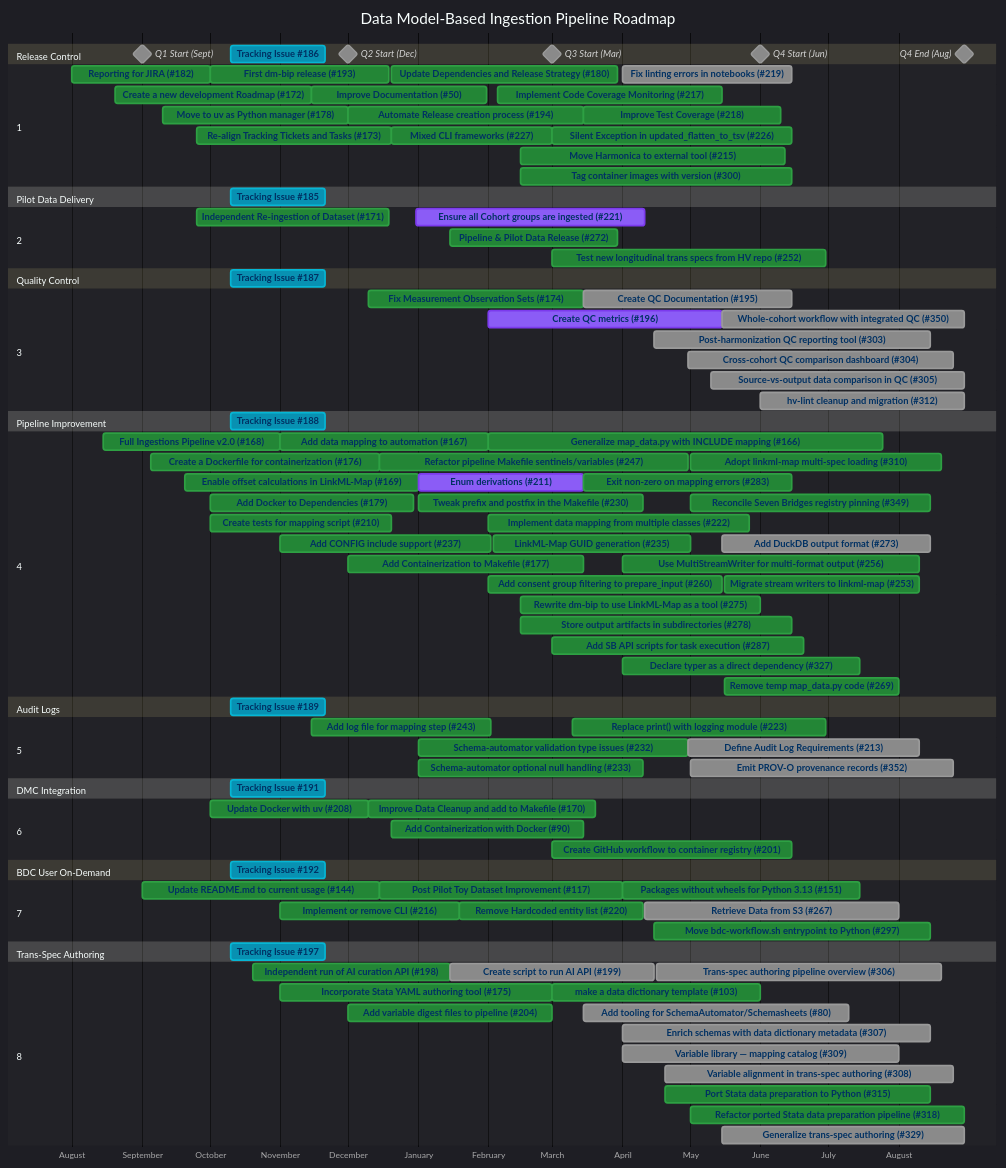
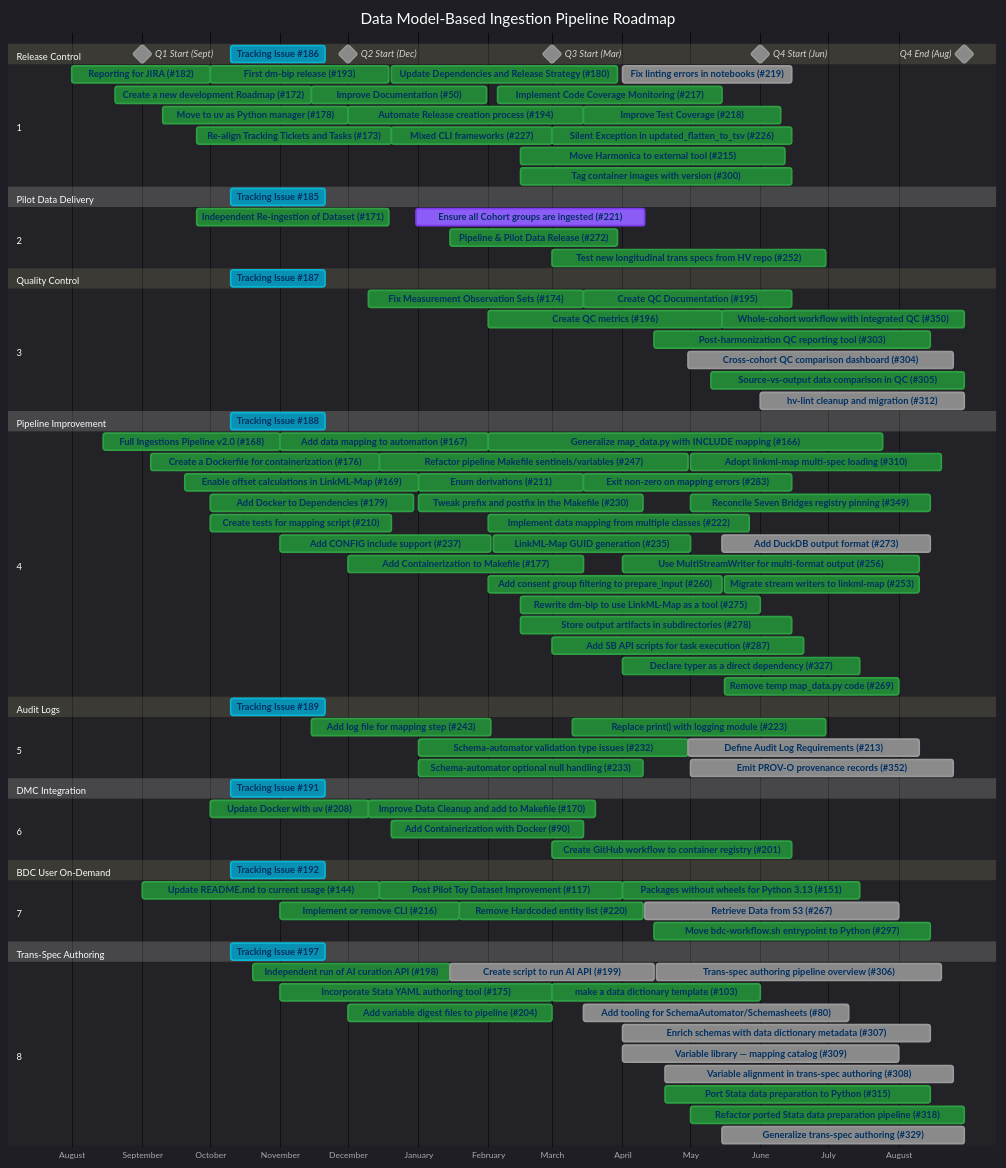
Before and after one commit to linkml/dm-bip: the diagram in DEVELOPMENT.md, drawn with Mermaid. The commit also changed other lines of this file, not shown here.

First line of the commit message:
Mark QC and enum derivation work complete after issue audit

```diff
--- a/DEVELOPMENT.md
+++ b/DEVELOPMENT.md
@@ -66,13 +66,13 @@
 
     section 3 
     Fix Measurement Observation Sets (#174)             :done, i174, 2025-12-10, 2026-03-15
-    Create QC metrics (#196)                            :active, i196, 2026-02-01, 2026-05-15
-    Create QC Documentation (#195)                      :i195, 2026-03-15, 2026-06-15
-    Post-harmonization QC reporting tool (#303)         :i303, 2026-04-15, 2026-08-15
+    Create QC metrics (#196)                            :done, i196, 2026-02-01, 2026-05-15
+    Create QC Documentation (#195)                      :done, i195, 2026-03-15, 2026-06-15
+    Post-harmonization QC reporting tool (#303)         :done, i303, 2026-04-15, 2026-08-15
     Cross-cohort QC comparison dashboard (#304)         :i304, 2026-04-30, 2026-08-25
-    Source-vs-output data comparison in QC (#305)       :i305, 2026-05-10, 2026-08-30
+    Source-vs-output data comparison in QC (#305)       :done, i305, 2026-05-10, 2026-08-30
     hv-lint cleanup and migration (#312)                :i312, 2026-06-01, 2026-08-30
-    Whole-cohort workflow with integrated QC (#350)     :i350, 2026-05-15, 2026-08-30
+    Whole-cohort workflow with integrated QC (#350)     :done, i350, 2026-05-15, 2026-08-30
 
     section Pipeline Improvement
     Tracking Issue #188                     :crit, t188, 2025-10-10, 6w
@@ -85,7 +85,7 @@
     Create tests for mapping script (#210)              :done, i210, 2025-10-01, 2025-12-20
     Add Containerization to Makefile (#177)             :done, i177, 2025-12-01, 2026-03-15
     Enable offset calculations in LinkML-Map (#169)     :done, i169, 2025-09-20, 2026-01-01
-    Enum derivations (#211)                             :active, i211, 2026-01-01, 2026-03-15
+    Enum derivations (#211)                             :done, i211, 2026-01-01, 2026-03-15
     Generalize map_data.py with INCLUDE mapping (#166)  :done, i166, 2026-02-01, 2026-07-25
     Implement data mapping from multiple classes (#222) :done, i222, 2026-02-01, 2026-05-27
     Tweak prefix and postfix in the Makefile (#230)     :done, i230, 2026-01-01, 2026-04-10
```
